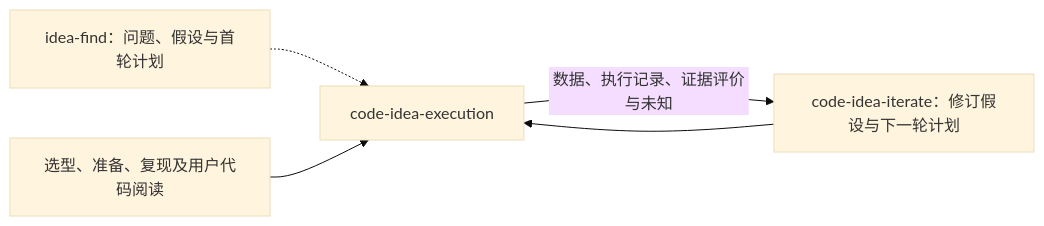
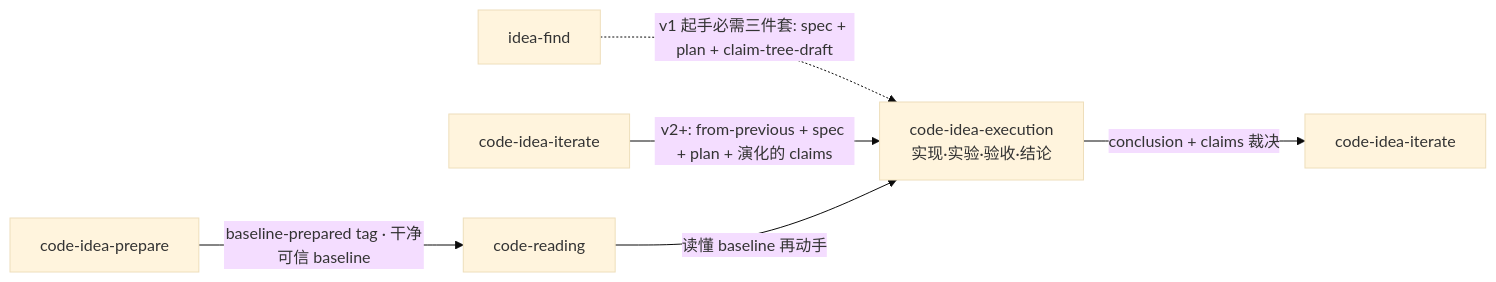
One commit to jackwang0108/dl-assistant changed the first of 2 diagrams in plugins/dl-assistant/skills/code-idea-execution/SKILL.md. Above: the diagram before and after it, drawn with Mermaid (base theme). The commit also changed other lines of this file and 256 other files, not shown here.

````diff
--- a/plugins/dl-assistant/skills/code-idea-execution/SKILL.md
+++ b/plugins/dl-assistant/skills/code-idea-execution/SKILL.md
@@ -36,7 +46,9 @@
 ```mermaid
 flowchart LR
-    IF[idea-find：问题、假设与首轮计划] -.-> EX[code-idea-execution]
-    IT[code-idea-iterate：修订假设与下一轮计划] --> EX
-    PREP[选型、准备、复现及用户代码阅读] --> EX
-    EX -->|数据、执行记录、证据评价与未知| IT
+    IF[idea-find] -.->|v1 起手必需三件套: spec + plan + claim-tree-draft| EX
+    IT[code-idea-iterate] -->|v2+: from-previous + spec + plan + 演化的 claims| EX
+    CIP[code-idea-prepare] -->|baseline-prepared tag · 干净可信 baseline| CR[code-reading]
+    CR -->|读懂 baseline 再动手| EX
+    EX["code-idea-execution<br/>实现·实验·验收·结论"]
+    EX -->|conclusion + claims 裁决| IT2[code-idea-iterate]
 ```
````
